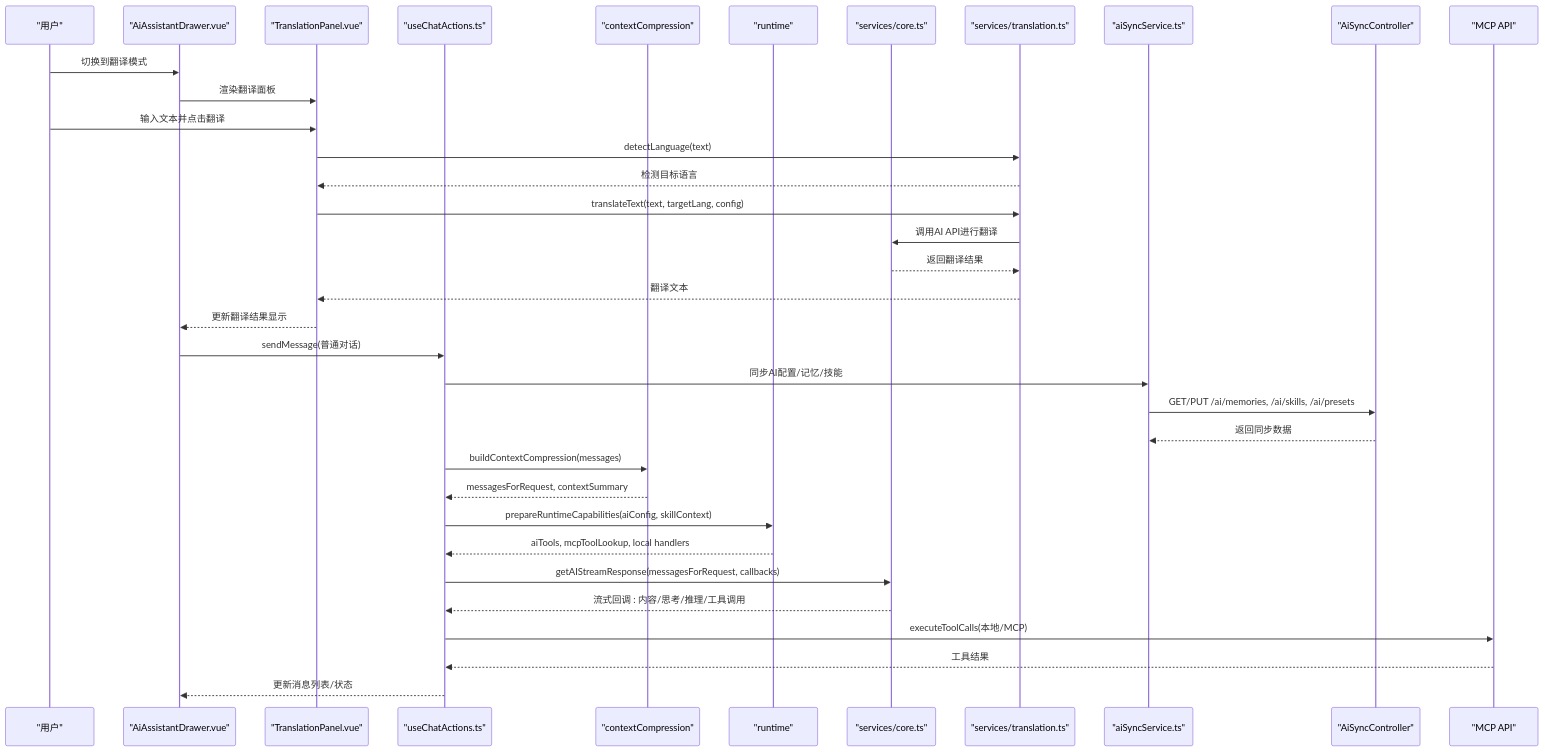
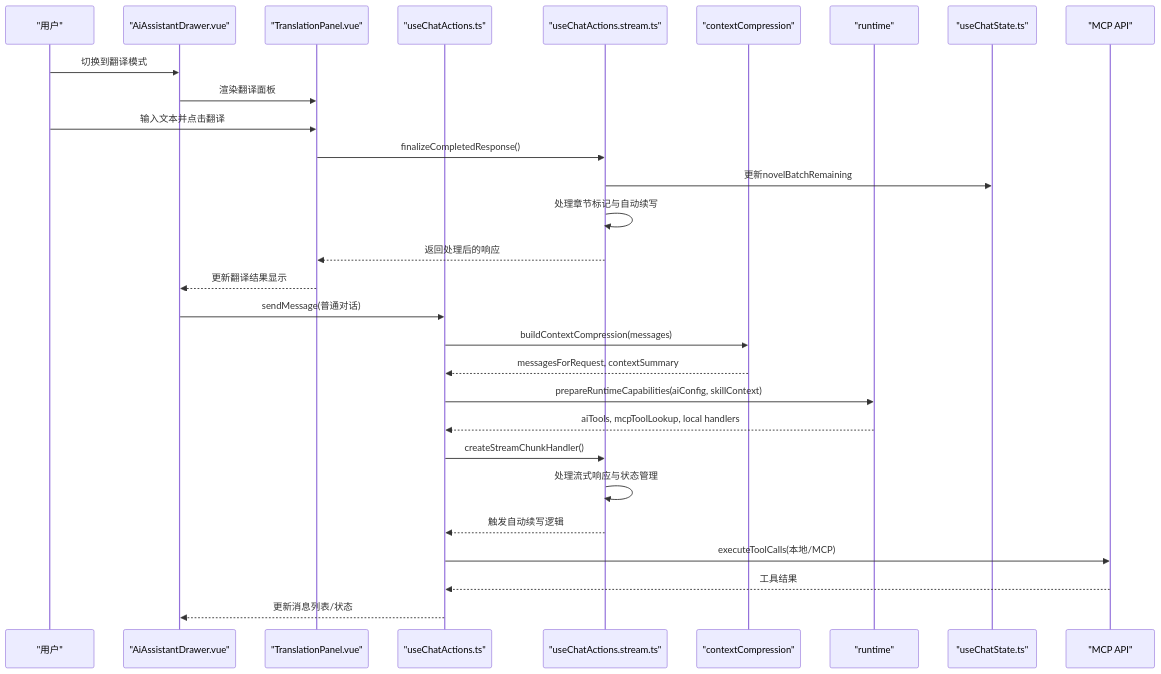
One commit to xixixiaoyu/Todo changed the second of 16 diagrams in .qoder/repowiki/zh/content/核心模块/AI助手系统/AI助手系统.md. Above: the diagram before and after it, drawn with Mermaid. The commit also changed other lines of this file and 3 other files, not shown here.

````diff
--- a/.qoder/repowiki/zh/content/核心模块/AI助手系统/AI助手系统.md
+++ b/.qoder/repowiki/zh/content/核心模块/AI助手系统/AI助手系统.md
@@ -255,37 +273,31 @@
 ```mermaid
 sequenceDiagram
 participant U as "用户"
 participant D as "AiAssistantDrawer.vue"
 participant T as "TranslationPanel.vue"
 participant C as "useChatActions.ts"
+participant S as "useChatActions.stream.ts"
 participant CC as "contextCompression"
 participant R as "runtime"
-participant S as "services/core.ts"
-participant TS as "services/translation.ts"
-participant MS as "aiSyncService.ts"
-participant SYNC as "AiSyncController"
+participant CS as "useChatState.ts"
 participant M as "MCP API"
 U->>D : 切换到翻译模式
 D->>T : 渲染翻译面板
 U->>T : 输入文本并点击翻译
-T->>TS : detectLanguage(text)
-TS-->>T : 检测目标语言
-T->>TS : translateText(text, targetLang, config)
-TS->>S : 调用AI API进行翻译
-S-->>TS : 返回翻译结果
-TS-->>T : 翻译文本
+T->>S : finalizeCompletedResponse()
+S->>CS : 更新novelBatchRemaining
+S->>S : 处理章节标记与自动续写
+S-->>T : 返回处理后的响应
 T-->>D : 更新翻译结果显示
 D->>C : sendMessage(普通对话)
-C->>MS : 同步AI配置/记忆/技能
-MS->>SYNC : GET/PUT /ai/memories, /ai/skills, /ai/presets
-SYNC-->>MS : 返回同步数据
 C->>CC : buildContextCompression(messages)
 CC-->>C : messagesForRequest, contextSummary
 C->>R : prepareRuntimeCapabilities(aiConfig, skillContext)
 R-->>C : aiTools, mcpToolLookup, local handlers
-C->>S : getAIStreamResponse(messagesForRequest, callbacks)
-S-->>C : 流式回调 : 内容/思考/推理/工具调用
+C->>S : createStreamChunkHandler()
+S->>S : 处理流式响应与状态管理
+S-->>C : 触发自动续写逻辑
 C->>M : executeToolCalls(本地/MCP)
 M-->>C : 工具结果
 C-->>D : 更新消息列表/状态
 ```
````
